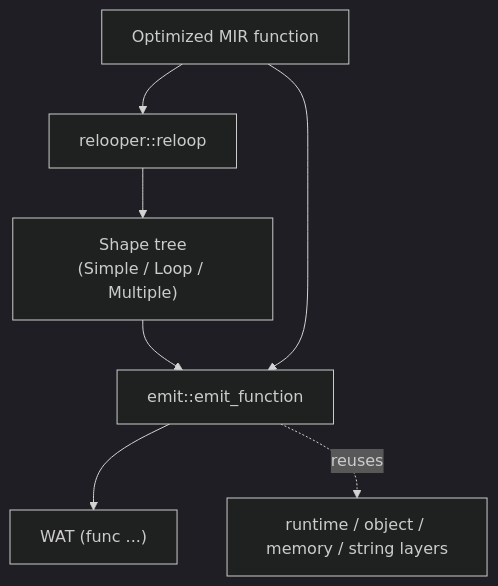
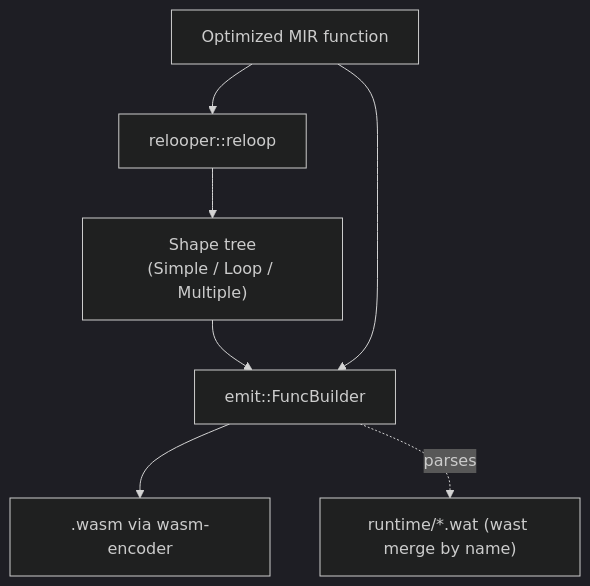
One commit to sps014/dream changed the first of 4 diagrams in docs/internals/06-relooper-and-backend.md. Above: the diagram before and after it, drawn with Mermaid (dark theme). The commit also changed other lines of this file and 42 other files, not shown here.

````diff
--- a/docs/internals/06-relooper-and-backend.md
+++ b/docs/internals/06-relooper-and-backend.md
@@ -7,9 +7,9 @@
 ```mermaid
 flowchart TD
     mir[Optimized MIR function] --> rl[relooper::reloop]
     rl --> shape["Shape tree\n(Simple / Loop / Multiple)"]
-    shape --> emit[emit::emit_function]
+    shape --> emit[emit::FuncBuilder]
     mir --> emit
-    emit --> wat["WAT (func ...)"]
-    emit -. reuses .-> rt["runtime / object / memory / string layers"]
+    emit --> wasm[".wasm via wasm-encoder"]
+    emit -. parses .-> rt["runtime/*.wat (wast merge by name)"]
 ```
````
